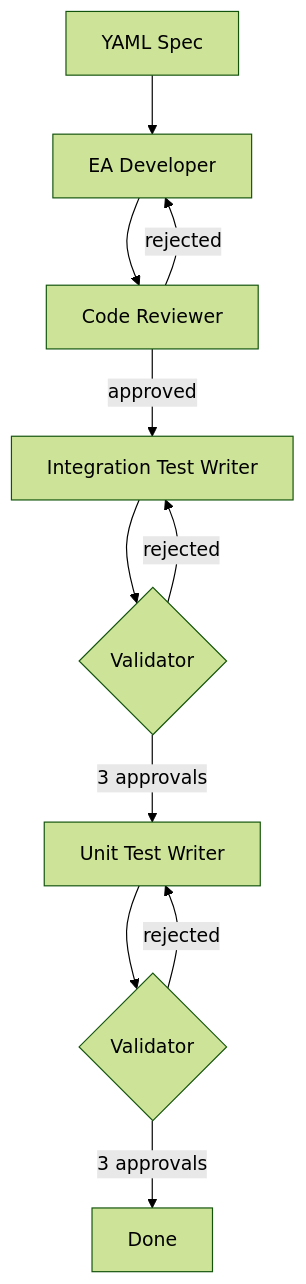
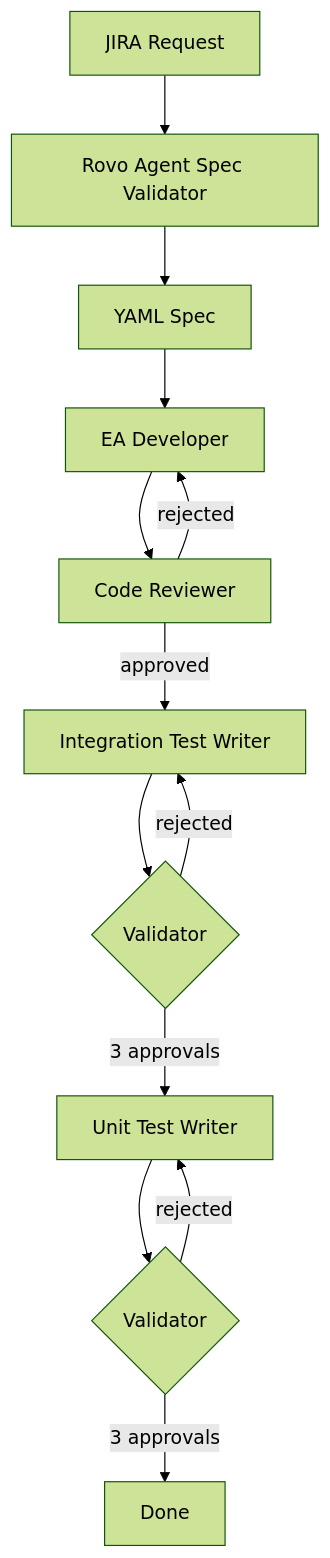
Before and after one commit to smartcontractkit/external-adapters-js: the diagram in ea-agent/README.md, drawn with Mermaid (forest theme). The commit also changed other lines of this file and 2 other files, not shown here.

````diff
--- a/ea-agent/README.md
+++ b/ea-agent/README.md
@@ -13,13 +13,15 @@
 ```mermaid
 flowchart TD
-    A[YAML Spec] --> B[EA Developer]
+    J[JIRA Request] --> R[Rovo Agent Spec Validator]
+    R --> A[YAML Spec]
+    A --> B[EA Developer]
     B --> C[Code Reviewer]
     C -->|rejected| B
     C -->|approved| D[Integration Test Writer]
     D --> E{Validator}
     E -->|rejected| D
     E -->|3 approvals| F[Unit Test Writer]
     F --> G{Validator}
     G -->|rejected| F
     G -->|3 approvals| H[Done]
 ```
````
